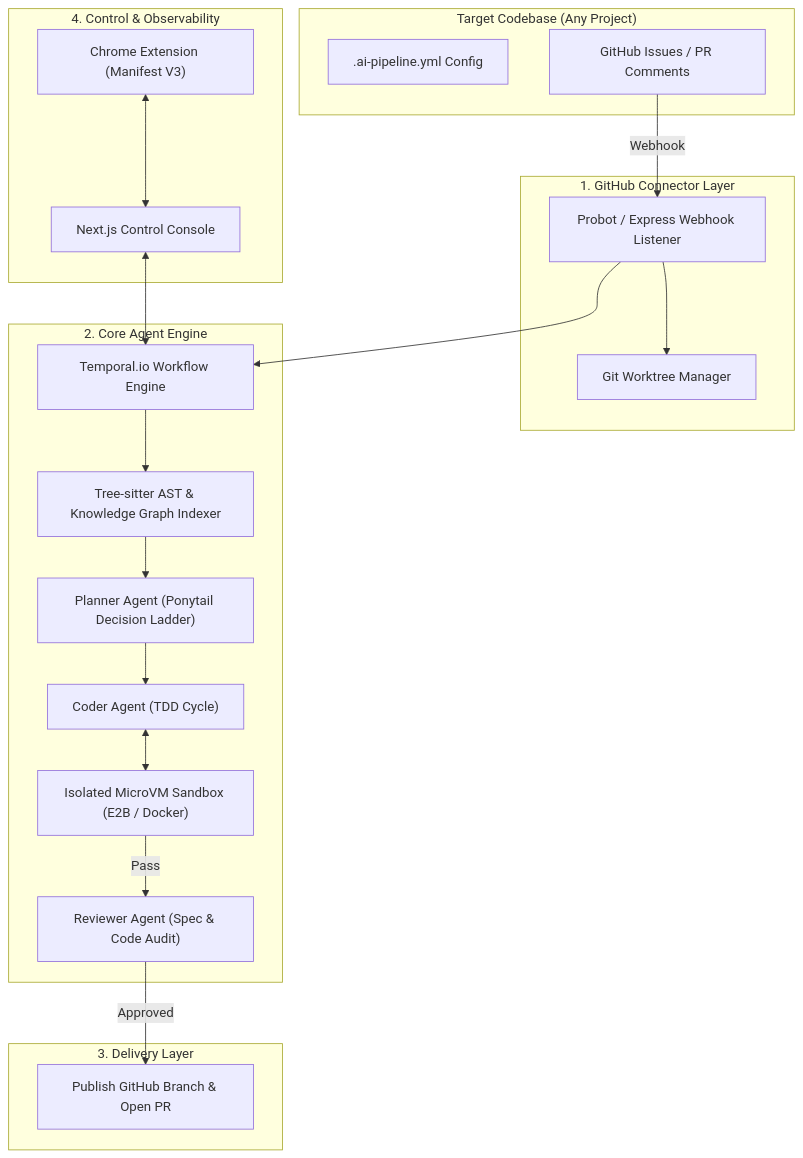
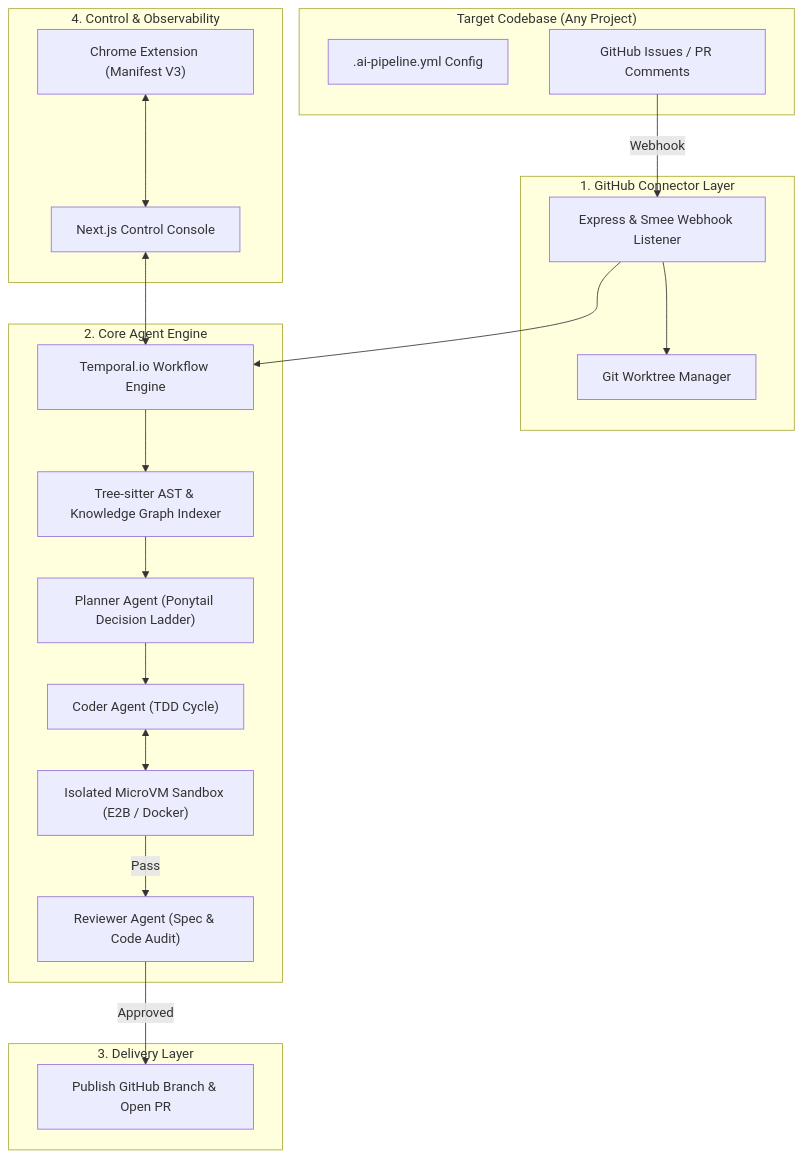
Before and after one commit to thienng-it/KobeanAgentic: the diagram in README.md, drawn with Mermaid. The commit also changed other lines of this file, not shown here.

````diff
--- a/README.md
+++ b/README.md
@@ -78,37 +110,37 @@
 ```mermaid
 flowchart TD
     subgraph TargetRepo ["Target Codebase (Any Project)"]
         A[".ai-pipeline.yml Config"]
         B["GitHub Issues / PR Comments"]
     end
 
     subgraph Connector ["1. GitHub Connector Layer"]
-        B -->|Webhook| C["Probot / Express Webhook Listener"]
+        B -->|Webhook| C["Express & Smee Webhook Listener"]
         C --> D["Git Worktree Manager"]
     end
 
     subgraph CoreEngine ["2. Core Agent Engine"]
         E["Temporal.io Workflow Engine"]
         F["Tree-sitter AST & Knowledge Graph Indexer"]
         G["Planner Agent (Ponytail Decision Ladder)"]
         H["Coder Agent (TDD Cycle)"]
         I["Isolated MicroVM Sandbox (E2B / Docker)"]
         J["Reviewer Agent (Spec & Code Audit)"]
 
         C --> E
         E --> F
         F --> G
         G --> H
         H <--> I
         I -- Pass --> J
     end
 
     subgraph GitDelivery ["3. Delivery Layer"]
         J -- Approved --> K["Publish GitHub Branch & Open PR"]
     end
 
     subgraph ControlPlane ["4. Control & Observability"]
         L["Next.js Control Console"] <--> E
         M["Chrome Extension (Manifest V3)"] <--> L
     end
 ```
````
